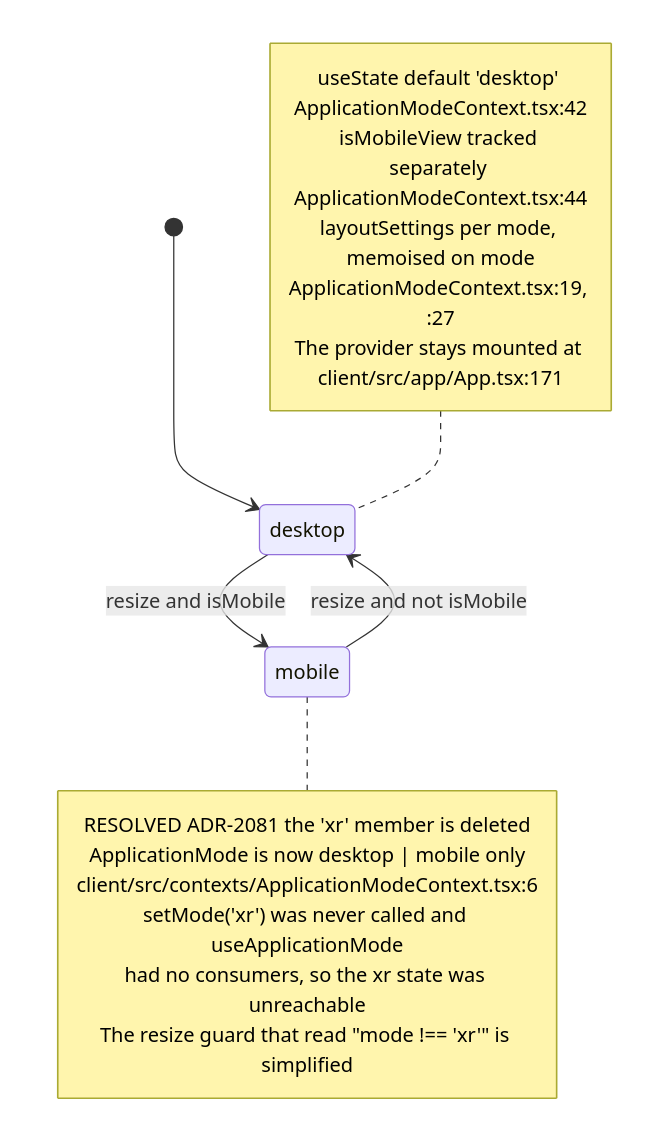
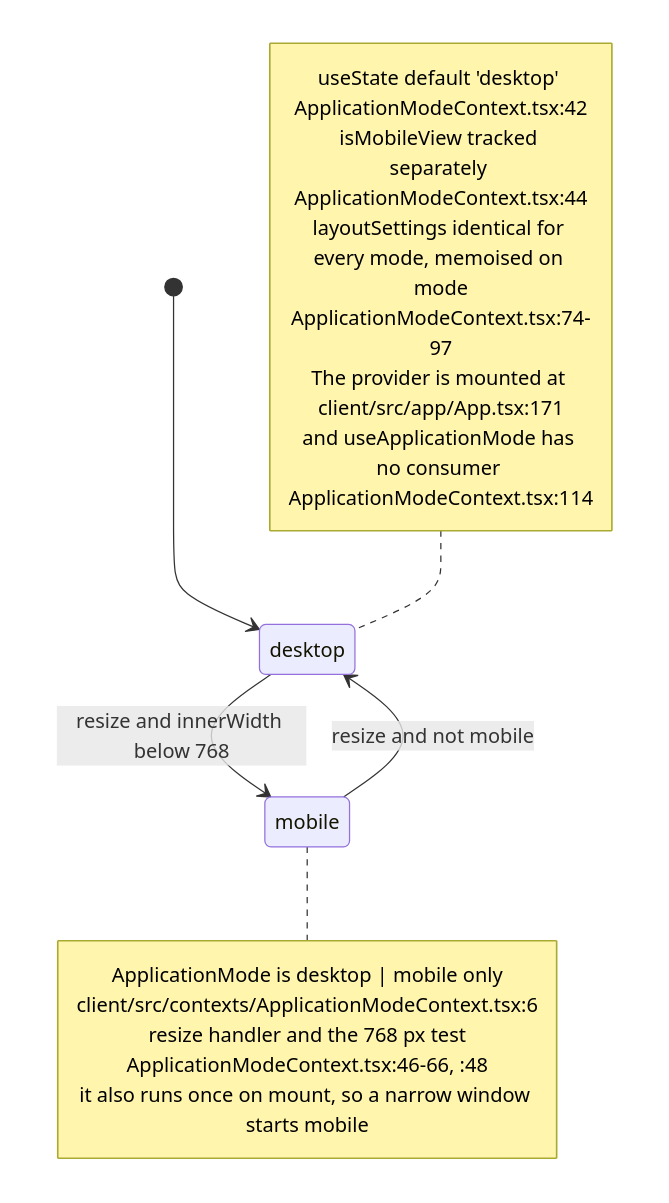
One commit to DreamLab-AI/VisionFlow changed the third of 11 diagrams in docs/diagrams/visionclaw/37-browser-xr-and-desktop-input.md. Above: the diagram before and after it, drawn with Mermaid. The commit also changed other lines of this file and 173 other files, not shown here.

````diff
--- a/docs/diagrams/visionclaw/37-browser-xr-and-desktop-input.md
+++ b/docs/diagrams/visionclaw/37-browser-xr-and-desktop-input.md
@@ -117,21 +140,21 @@
 ```mermaid
 stateDiagram-v2
     [*] --> desktop
-    desktop --> mobile: resize and isMobile
-    mobile --> desktop: resize and not isMobile
+    desktop --> mobile: resize and innerWidth below 768
+    mobile --> desktop: resize and not mobile
     note right of mobile
-        RESOLVED ADR-2081 the 'xr' member is deleted
-        ApplicationMode is now desktop | mobile only
+        ApplicationMode is desktop | mobile only
         client/src/contexts/ApplicationModeContext.tsx:6
-        setMode('xr') was never called and useApplicationMode
-        had no consumers, so the xr state was unreachable
-        The resize guard that read "mode !== 'xr'" is simplified
+        resize handler and the 768 px test
+        ApplicationModeContext.tsx:46-66, :48
+        it also runs once on mount, so a narrow window starts mobile
     end note
     note left of desktop
         useState default 'desktop' ApplicationModeContext.tsx:42
         isMobileView tracked separately ApplicationModeContext.tsx:44
-        layoutSettings per mode, memoised on mode
-        ApplicationModeContext.tsx:19, :27
-        The provider stays mounted at client/src/app/App.tsx:171
+        layoutSettings identical for every mode, memoised on mode
+        ApplicationModeContext.tsx:74-97
+        The provider is mounted at client/src/app/App.tsx:171
+        and useApplicationMode has no consumer ApplicationModeContext.tsx:114
     end note
 ```
````
